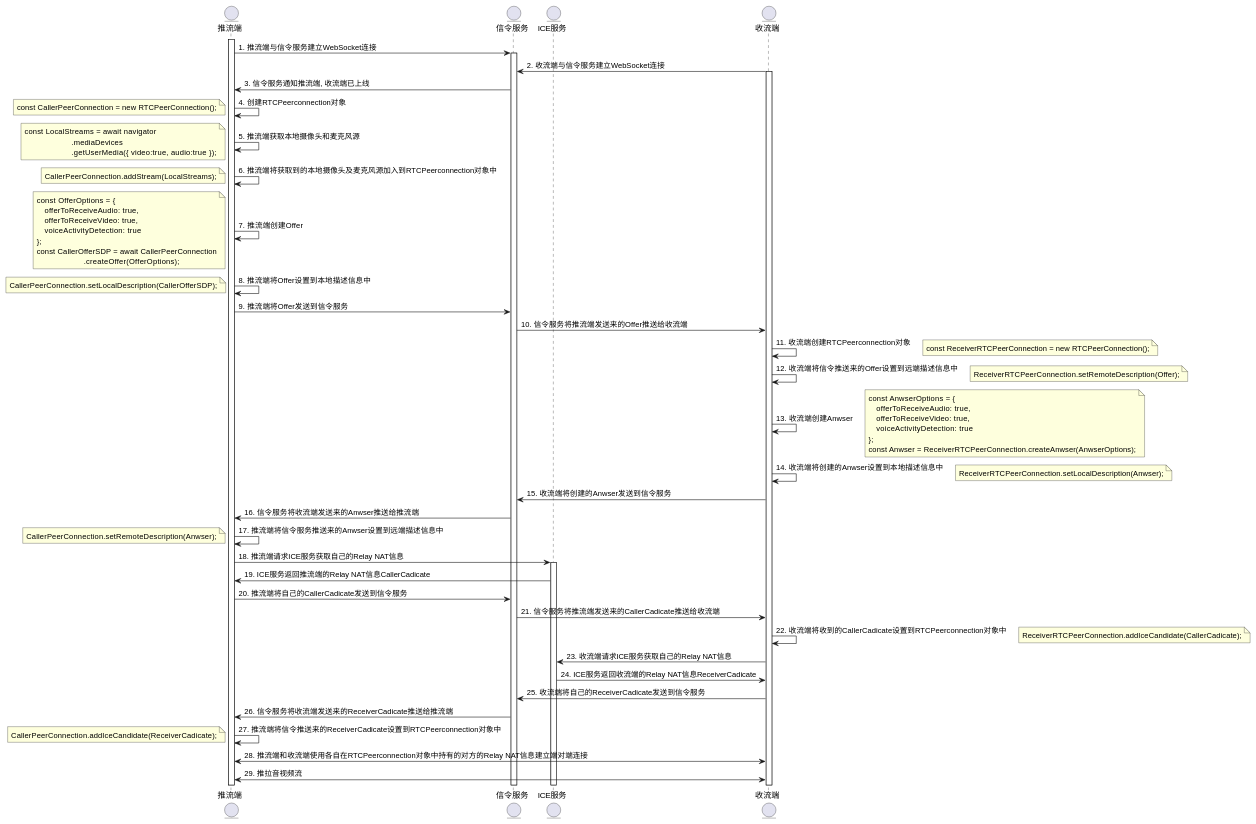
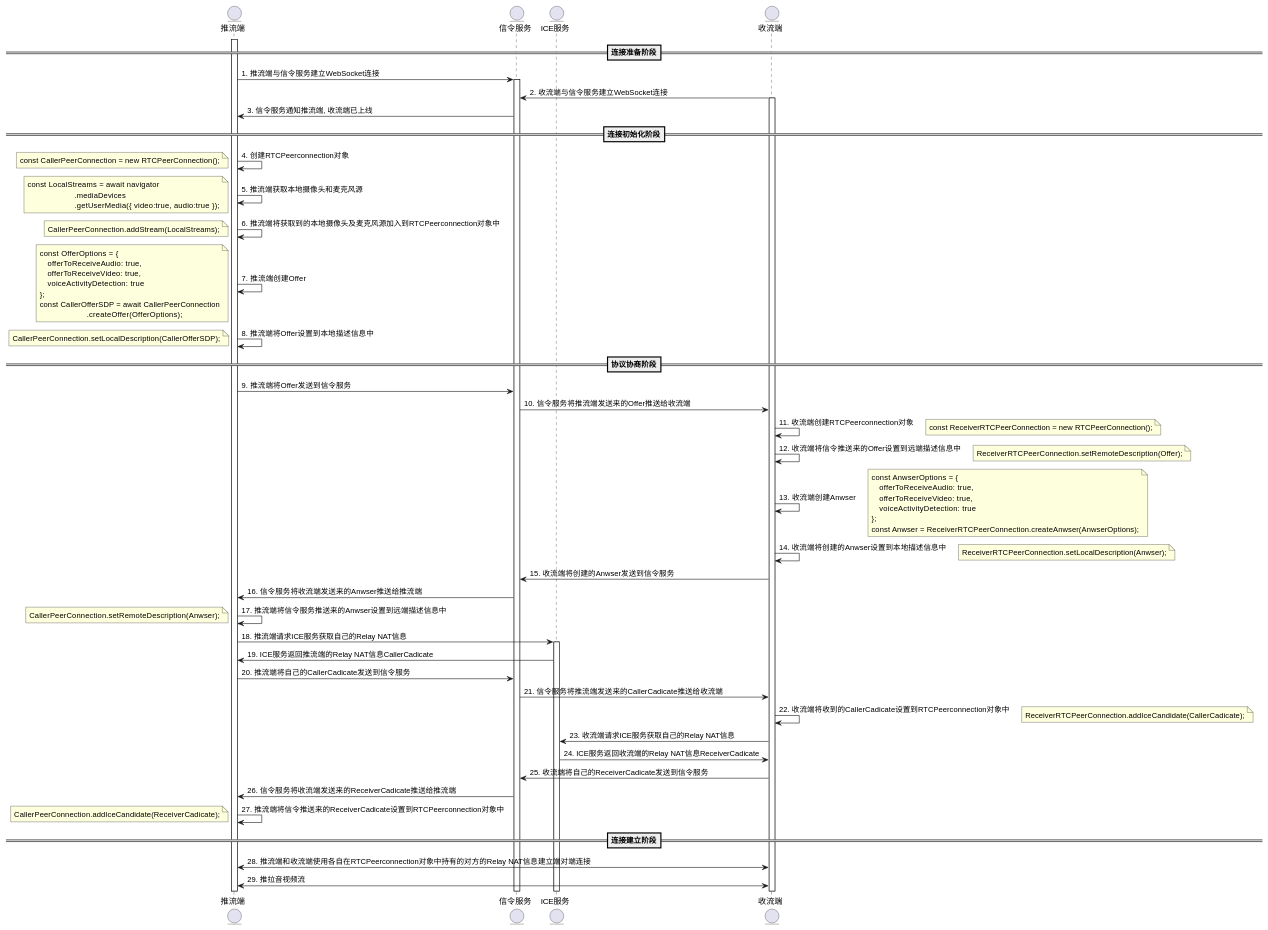
One commit to mustang1988/DocsifyRepository changed the diagram in repository/Libraries/WebRTC/docs/源码分析/README.md. Above: the diagram before and after it, drawn with PlantUML. The commit also changed 2 other files, not shown here.

Commit message:
doc: update and extend doc content

```diff
--- a/repository/Libraries/WebRTC/docs/源码分析/README.md
+++ b/repository/Libraries/WebRTC/docs/源码分析/README.md
@@ -16,6 +16,8 @@
 entity 信令服务
 entity ICE服务
 entity 收流端
+
+==连接准备阶段==
 
 activate 推流端
 
@@ -28,6 +30,8 @@
 activate 收流端
 
 信令服务 -> 推流端: 3. 信令服务通知推流端, 收流端已上线
+
+==连接初始化阶段==
 
 推流端 -> 推流端: 4. 创建RTCPeerconnection对象
 note left
@@ -61,6 +65,8 @@
 note left
 CallerPeerConnection.setLocalDescription(CallerOfferSDP);
 end note
+
+==协议协商阶段==
 
 推流端 -> 信令服务: 9. 推流端将Offer发送到信令服务
 
@@ -127,6 +133,8 @@
 CallerPeerConnection.addIceCandidate(ReceiverCadicate);
 end note
 
+==连接建立阶段==
+
 推流端 <-> 收流端: 28. 推流端和收流端使用各自在RTCPeerconnection对象中持有的对方的Relay NAT信息建立端对端连接
 
 推流端 <-> 收流端: 29. 推拉音视频流
```
